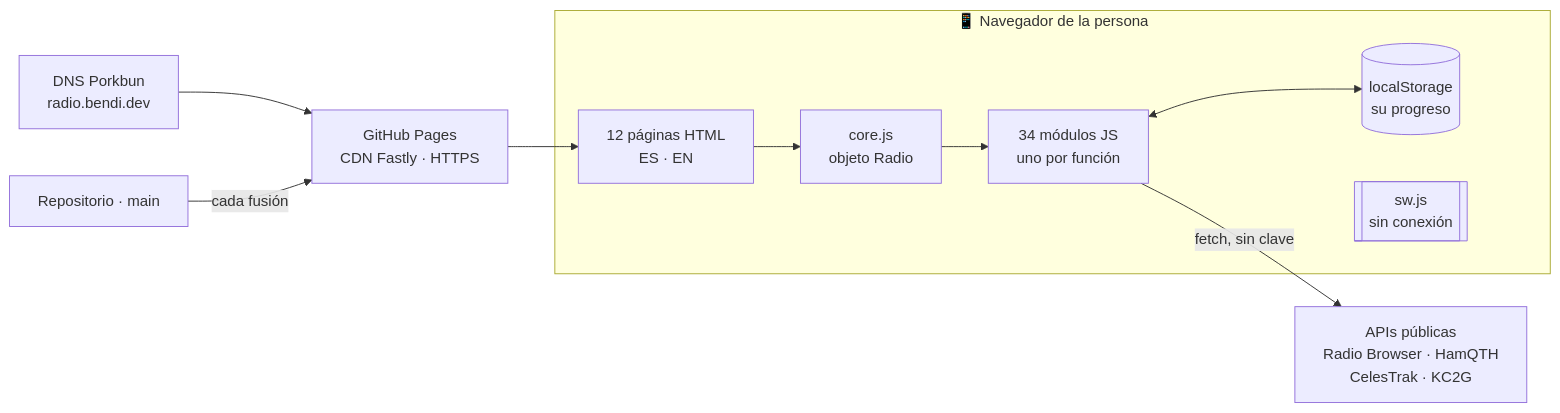
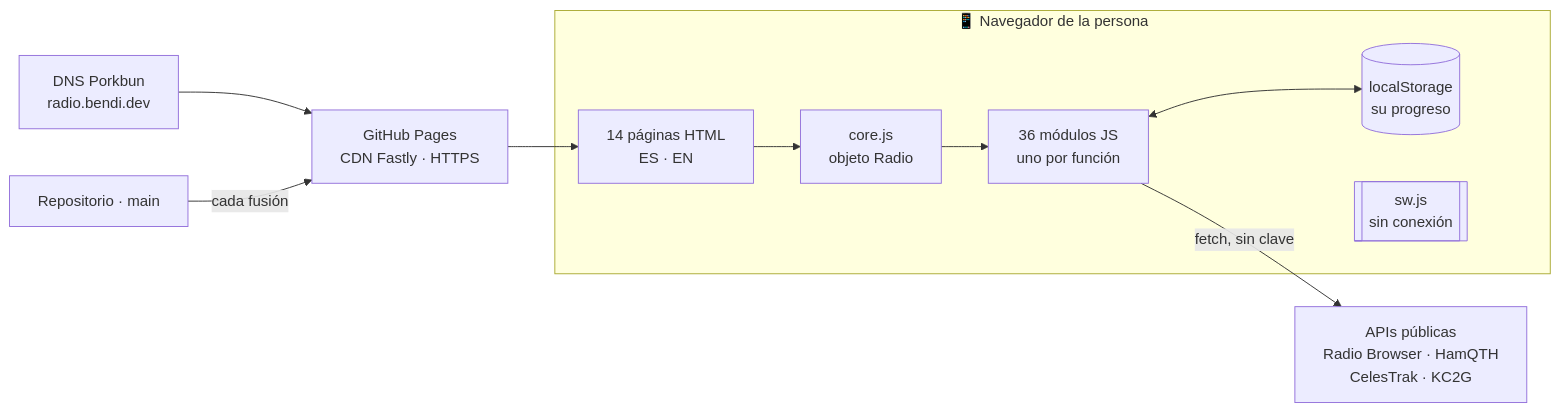
One commit to serbenda/radio changed the first of 2 diagrams in README.md. Above: the diagram before and after it, drawn with Mermaid. The commit also changed other lines of this file and 42 other files, not shown here.

````diff
--- a/README.md
+++ b/README.md
@@ -94,13 +99,13 @@
 ```mermaid
 flowchart LR
   subgraph Persona["📱 Navegador de la persona"]
-    H[12 páginas HTML<br/>ES · EN] --> C[core.js<br/>objeto Radio]
-    C --> M[34 módulos JS<br/>uno por función]
+    H[14 páginas HTML<br/>ES · EN] --> C[core.js<br/>objeto Radio]
+    C --> M[36 módulos JS<br/>uno por función]
     M <--> L[(localStorage<br/>su progreso)]
     S[[sw.js<br/>sin conexión]]
   end
   M -- fetch, sin clave --> X[APIs públicas<br/>Radio Browser · HamQTH<br/>CelesTrak · KC2G]
   DNS[DNS Porkbun<br/>radio.bendi.dev] --> P[GitHub Pages<br/>CDN Fastly · HTTPS]
   P --> H
   G[Repositorio · main] -- cada fusión --> P
 ```
````
